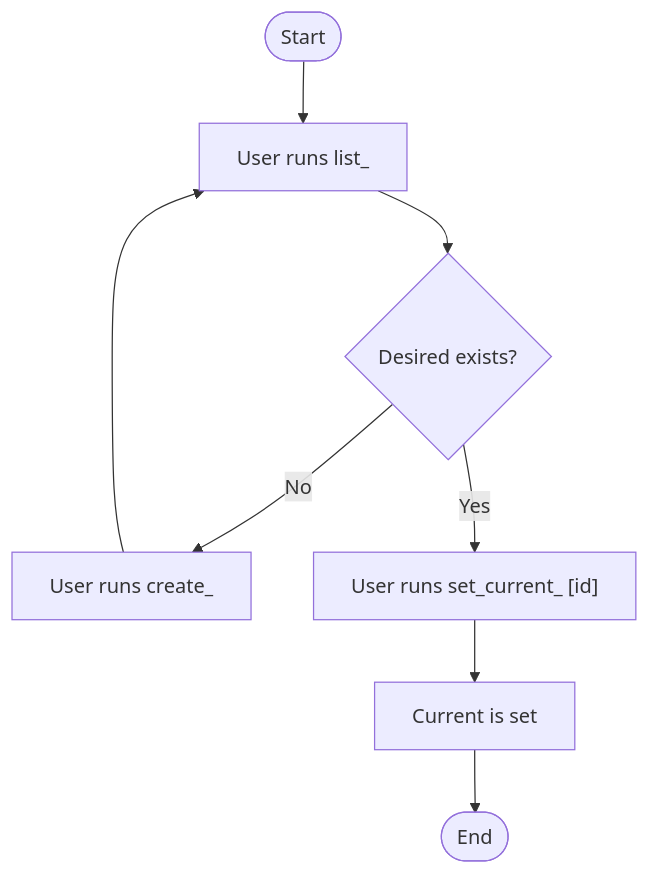
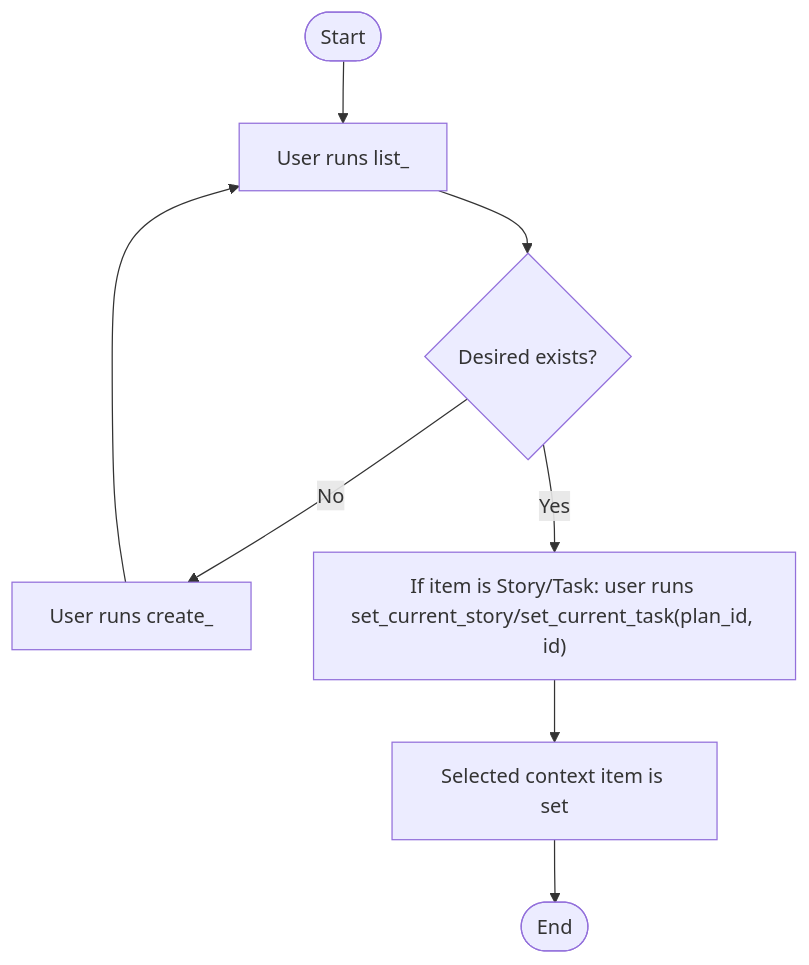
One commit to sgrade/plan-manager changed the first of 3 diagrams in docs/project_workflow.md. Above: the diagram before and after it, drawn with Mermaid. The commit also changed other lines of this file and 22 other files, not shown here.

````diff
--- a/docs/project_workflow.md
+++ b/docs/project_workflow.md
@@ -19,10 +22,10 @@
 ```mermaid
 graph TD
     N1([Start]) --> N2["User runs list_<items>"];
     N2 --> N3{Desired <Item> exists?};
     N3 -- No --> N4["User runs create_<item>"];
     N4 --> N2;
-    N3 -- Yes --> N5["User runs set_current_<item> [id]"];
-    N5 --> N6["Current <Item> is set"];
+    N3 -- Yes --> N5["If item is Story/Task: user runs set_current_story/set_current_task(plan_id, id)"];
+    N5 --> N6["Selected context item is set"];
     N6 --> N7([End]);
 ```
````
